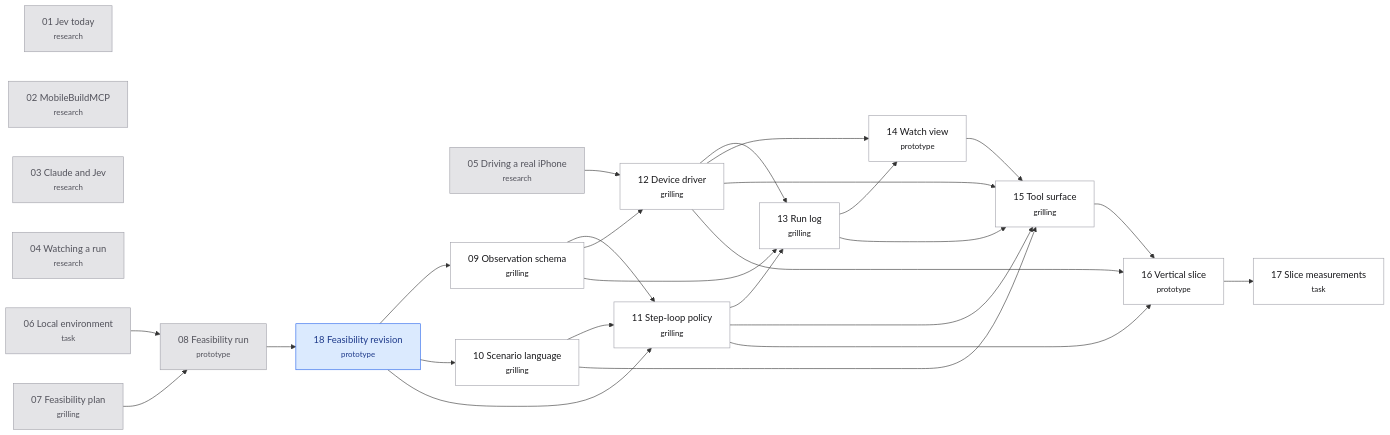
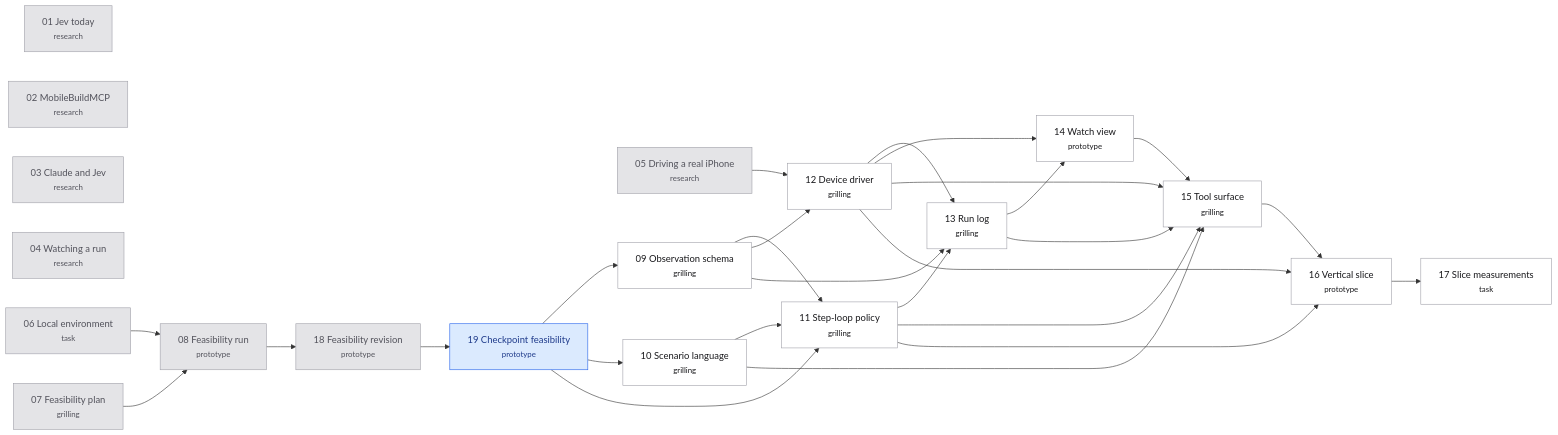
The diagram in .scratch/jev-ios-bridge/map.md (hugues-vnsgn/jev-ios-bridge), drawn with Mermaid before and after one commit. The commit also changed other lines of this file and 171 other files, not shown here.

Commit message:
test: preserve revised feasibility no-go and checkpoint hypothesis

````diff
--- a/.scratch/jev-ios-bridge/map.md
+++ b/.scratch/jev-ios-bridge/map.md
@@ -49,52 +51,54 @@
 ```mermaid
 flowchart LR
     T01["01 Jev today<br/><small>research</small>"]
     T02["02 MobileBuildMCP<br/><small>research</small>"]
     T03["03 Claude and Jev<br/><small>research</small>"]
     T04["04 Watching a run<br/><small>research</small>"]
     T05["05 Driving a real iPhone<br/><small>research</small>"]
     T06["06 Local environment<br/><small>task</small>"]
     T07["07 Feasibility plan<br/><small>grilling</small>"]
     T08["08 Feasibility run<br/><small>prototype</small>"]
     T09["09 Observation schema<br/><small>grilling</small>"]
     T10["10 Scenario language<br/><small>grilling</small>"]
     T11["11 Step-loop policy<br/><small>grilling</small>"]
     T12["12 Device driver<br/><small>grilling</small>"]
     T13["13 Run log<br/><small>grilling</small>"]
     T14["14 Watch view<br/><small>prototype</small>"]
     T15["15 Tool surface<br/><small>grilling</small>"]
     T16["16 Vertical slice<br/><small>prototype</small>"]
     T17["17 Slice measurements<br/><small>task</small>"]
     T18["18 Feasibility revision<br/><small>prototype</small>"]
+    T19["19 Checkpoint feasibility<br/><small>prototype</small>"]
     T06 --> T08
     T07 --> T08
-    T18 --> T09
-    T18 --> T10
-    T18 --> T11
+    T19 --> T09
+    T19 --> T10
+    T19 --> T11
     T09 --> T11
     T10 --> T11
     T05 --> T12
     T09 --> T12
     T09 --> T13
     T11 --> T13
     T12 --> T13
     T12 --> T14
     T13 --> T14
     T10 --> T15
     T11 --> T15
     T12 --> T15
     T13 --> T15
     T14 --> T15
     T11 --> T16
     T12 --> T16
     T15 --> T16
     T16 --> T17
     T08 --> T18
+    T18 --> T19
     classDef resolved fill:#e4e4e7,stroke:#a1a1aa,color:#52525b
     classDef claimed fill:#dbeafe,stroke:#2563eb,color:#1e3a8a
     classDef frontier fill:#dcfce7,stroke:#16a34a,color:#14532d,stroke-width:2px
     classDef blocked fill:#ffffff,stroke:#a1a1aa,color:#18181b
-    class T01,T02,T03,T04,T05,T06,T07,T08 resolved
-    class T18 claimed
+    class T01,T02,T03,T04,T05,T06,T07,T08,T18 resolved
+    class T19 claimed
     class T09,T10,T11,T12,T13,T14,T15,T16,T17 blocked
 ```
````
